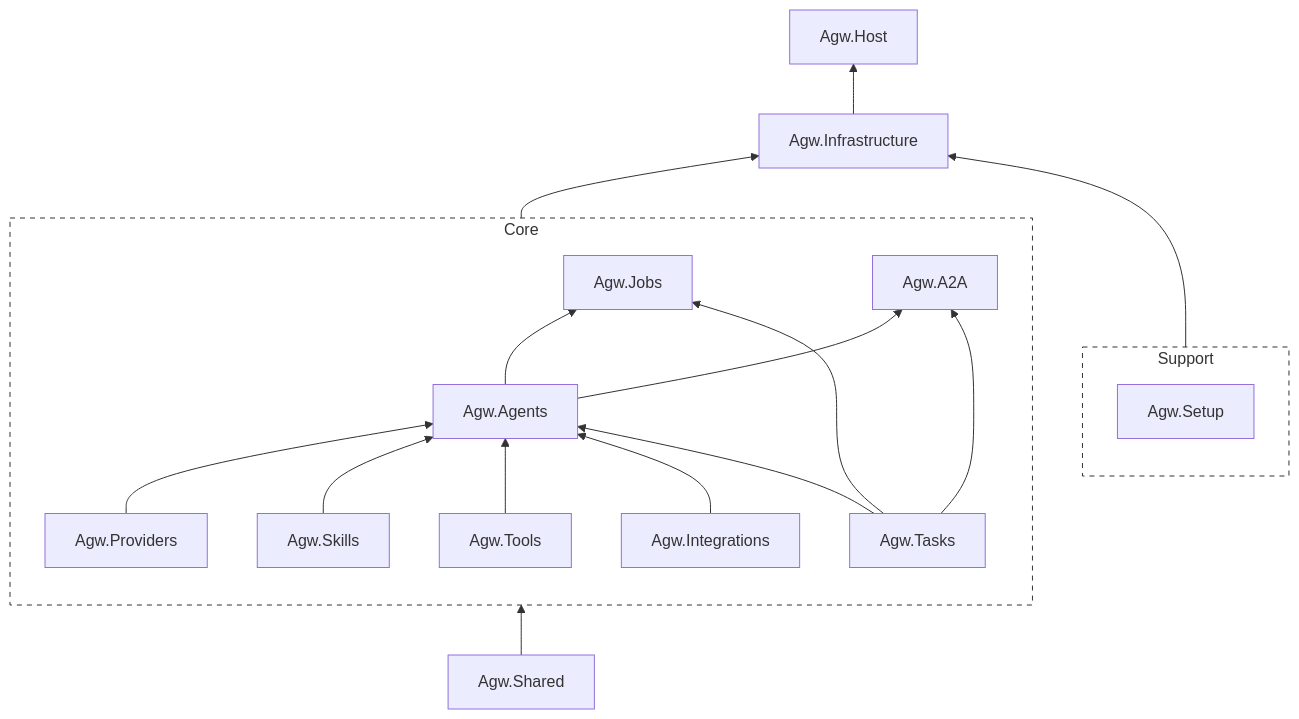
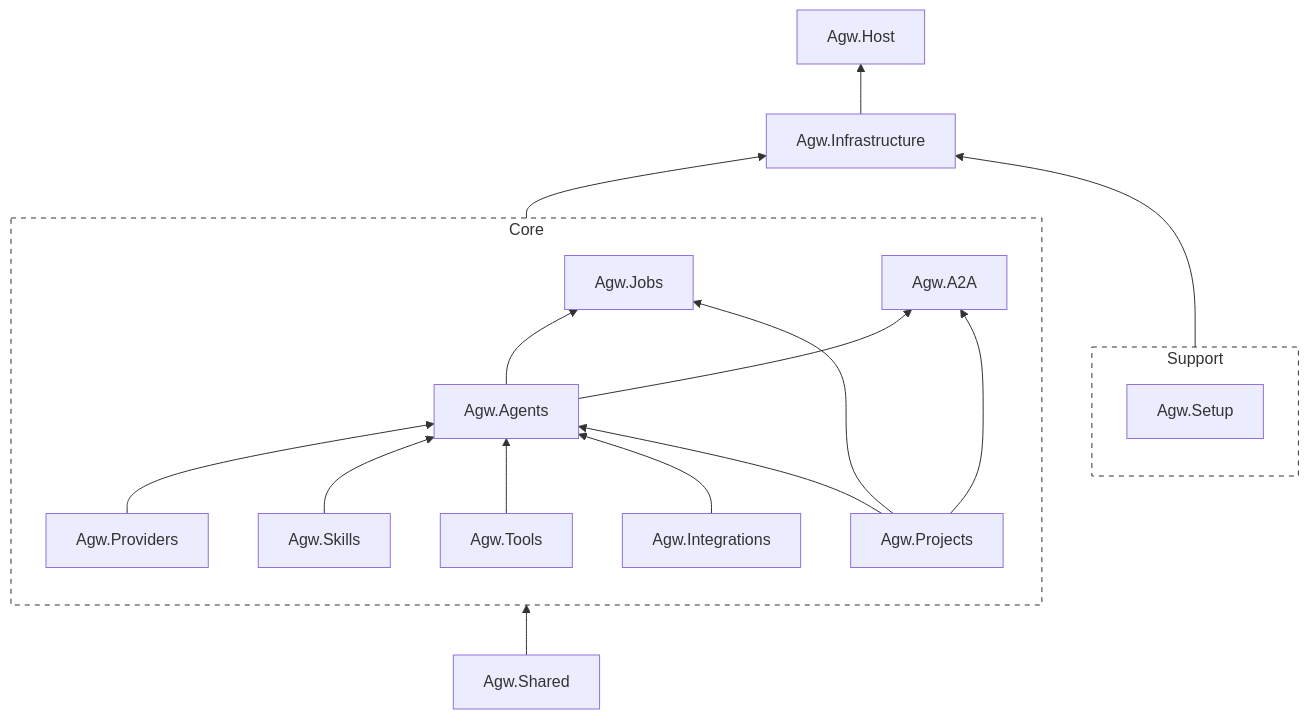
The diagram in README.md (zxyao145/agw), drawn with Mermaid before and after one commit. The commit also changed other lines of this file and 222 other files, not shown here.

First line of the commit message:
refactor!: rename Agw.Tasks to Agw.Projects

````diff
--- a/README.md
+++ b/README.md
@@ -111,51 +111,51 @@
 ```mermaid
 flowchart BT
     Agw.Host
     Agw.Infrastructure
 
     subgraph Core
         direction BT
         Agw.Jobs
         Agw.A2A
         Agw.Agents
         Agw.Providers
         Agw.Skills
         Agw.Tools
         Agw.Integrations
-        Agw.Tasks
+        Agw.Projects
 
         %% Relationships
         Agw.Agents --> Agw.Jobs
         Agw.Agents --> Agw.A2A
 
 
         Agw.Providers --> Agw.Agents
         Agw.Skills --> Agw.Agents
         Agw.Tools --> Agw.Agents
         Agw.Integrations --> Agw.Agents
 
 
-        Agw.Tasks --> Agw.Agents
-        Agw.Tasks --> Agw.Jobs
-        Agw.Tasks --> Agw.A2A
+        Agw.Projects --> Agw.Agents
+        Agw.Projects --> Agw.Jobs
+        Agw.Projects --> Agw.A2A
 
     end
 
     subgraph Support
         Agw.Setup[Agw.Setup]
     end
 
     Agw.Shared 
 
     Agw.Shared --> Core
 
     Core --> Agw.Infrastructure
     Support --> Agw.Infrastructure
 
     Agw.Infrastructure --> Agw.Host
 
 
     %% styles
     style Core fill:none,stroke:#333,stroke-dasharray: 5 5
     style Support fill:none,stroke:#333,stroke-dasharray: 5 5
 ```
````
